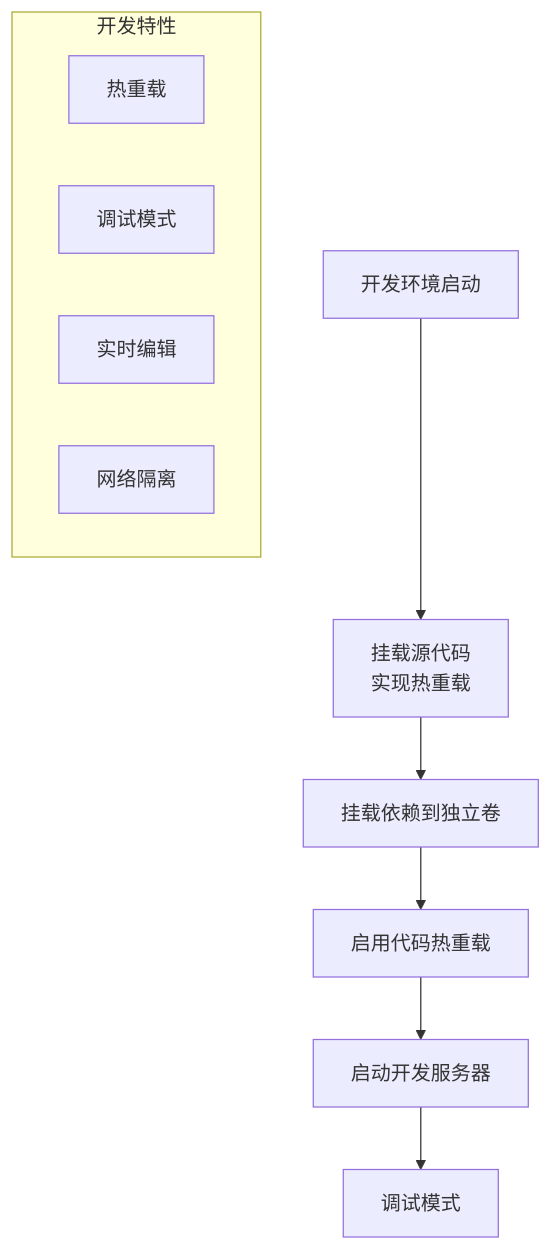
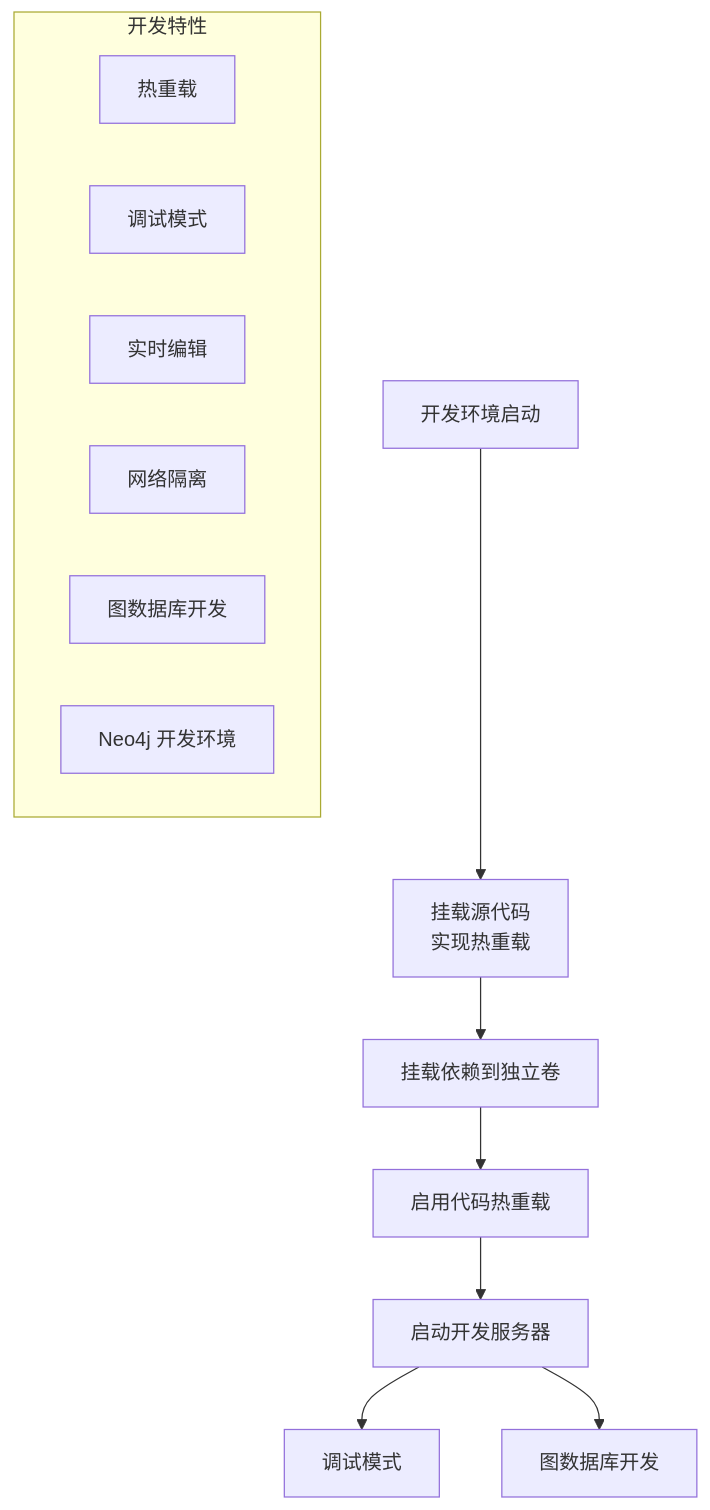
One commit to xfbyxq/ai-novel-system changed the sixth of 21 diagrams in .qoder/repowiki/zh/content/Docker Deployment.md. Above: the diagram before and after it, drawn with Mermaid. The commit also changed other lines of this file and 19 other files, not shown here.

First line of the commit message:
feat(graph): 新增图数据库完整支持与AI聊天集成

````diff
--- a/.qoder/repowiki/zh/content/Docker Deployment.md
+++ b/.qoder/repowiki/zh/content/Docker Deployment.md
@@ -325,14 +366,17 @@
 ```mermaid
 flowchart TD
 DEV_START[开发环境启动] --> MOUNT_CODE[挂载源代码<br/>实现热重载]
 MOUNT_CODE --> MOUNT_DEPS[挂载依赖到独立卷]
 MOUNT_DEPS --> RELOAD[启用代码热重载]
 RELOAD --> DEV_SERVER[启动开发服务器]
 DEV_SERVER --> DEBUG[调试模式]
+DEV_SERVER --> GRAPH_DEV[图数据库开发]
 subgraph "开发特性"
 HOT_RELOAD[热重载]
 DEBUG_MODE[调试模式]
 LIVE_EDIT[实时编辑]
 NETWORK_ISOLATION[网络隔离]
+GRAPH_DEVELOPMENT[图数据库开发]
+NEO4J_DEV[Neo4j 开发环境]
 end
 ```
````
